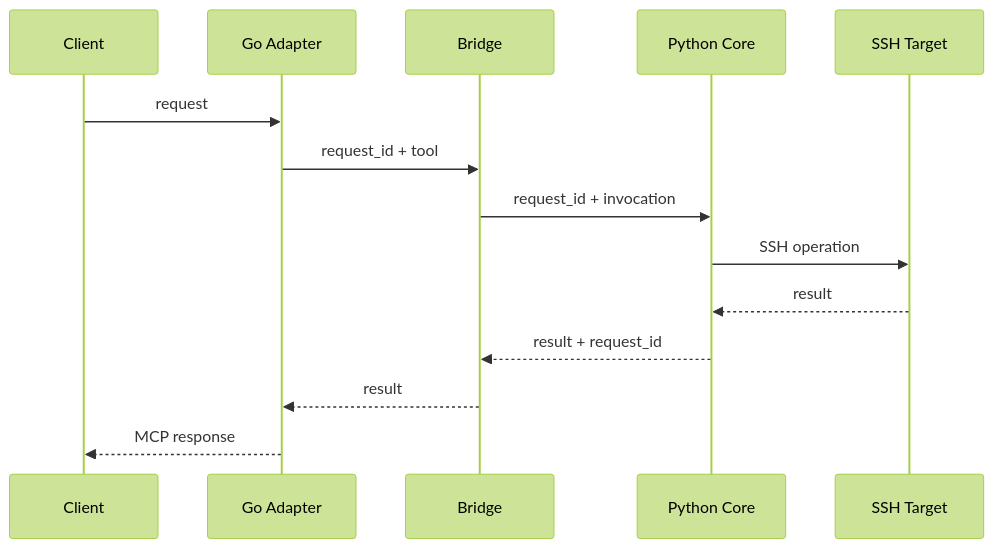
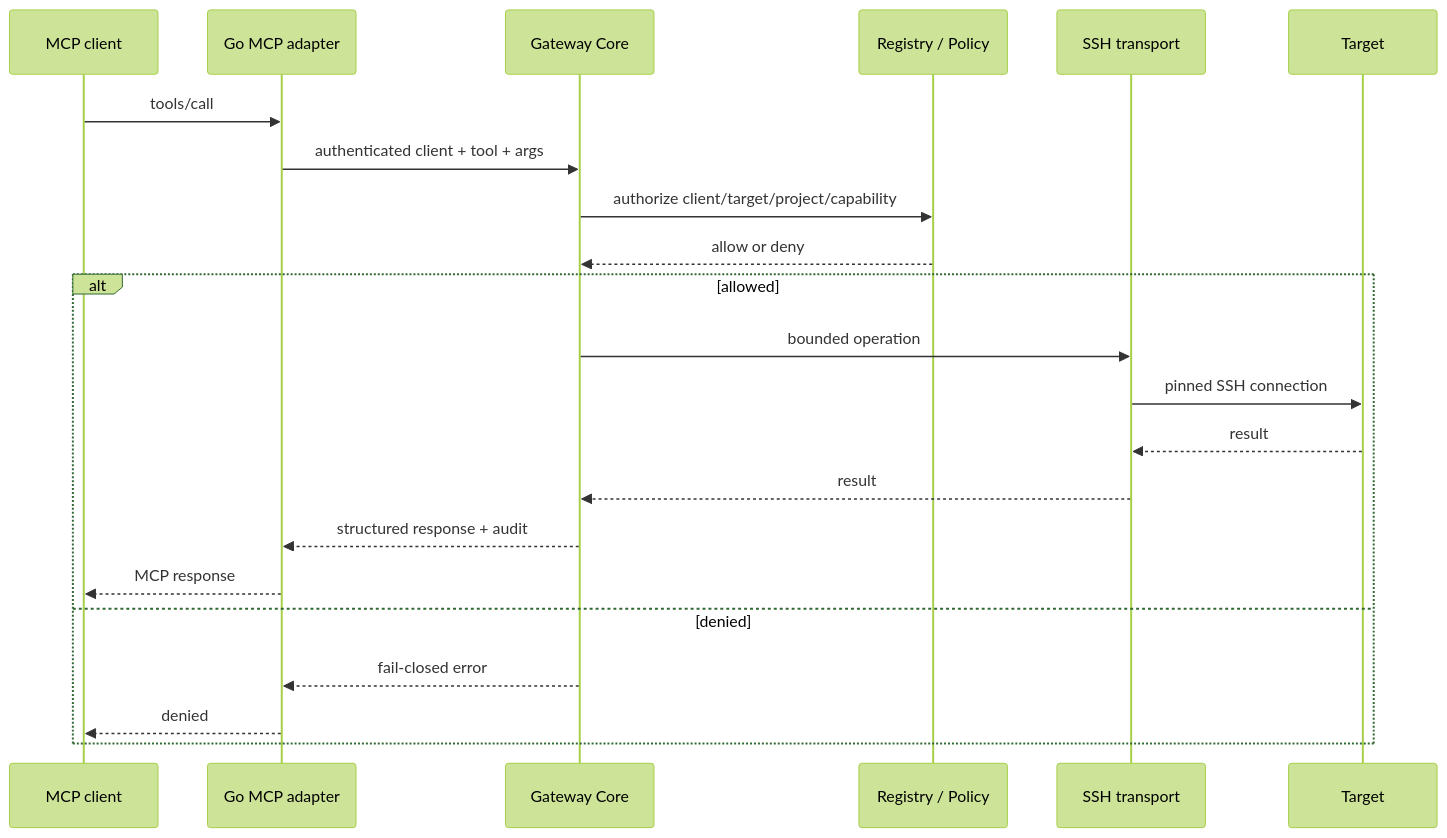
The second of 2 diagrams in README.md (yorologo/Local-miniMCP), drawn with Mermaid (forest theme) before and after one commit. The commit also changed other lines of this file and 76 other files, not shown here.

````diff
--- a/README.md
+++ b/README.md
@@ -827,16 +102,25 @@
 ```mermaid
 sequenceDiagram
-    participant C as Client
-    participant G as Go Adapter
-    participant B as Bridge
-    participant P as Python Core
-    participant S as SSH Target
-    C->>G: request
-    G->>B: request_id + tool
-    B->>P: request_id + invocation
-    P->>S: SSH operation
-    S-->>P: result
-    P-->>B: result + request_id
-    B-->>G: result
-    G-->>C: MCP response
+    participant C as MCP client
+    participant A as Go MCP adapter
+    participant G as Gateway Core
+    participant R as Registry / Policy
+    participant S as SSH transport
+    participant T as Target
+
+    C->>A: tools/call
+    A->>G: authenticated client + tool + args
+    G->>R: authorize client/target/project/capability
+    R-->>G: allow or deny
+    alt allowed
+        G->>S: bounded operation
+        S->>T: pinned SSH connection
+        T-->>S: result
+        S-->>G: result
+        G-->>A: structured response + audit
+        A-->>C: MCP response
+    else denied
+        G-->>A: fail-closed error
+        A-->>C: denied
+    end
 ```
````
